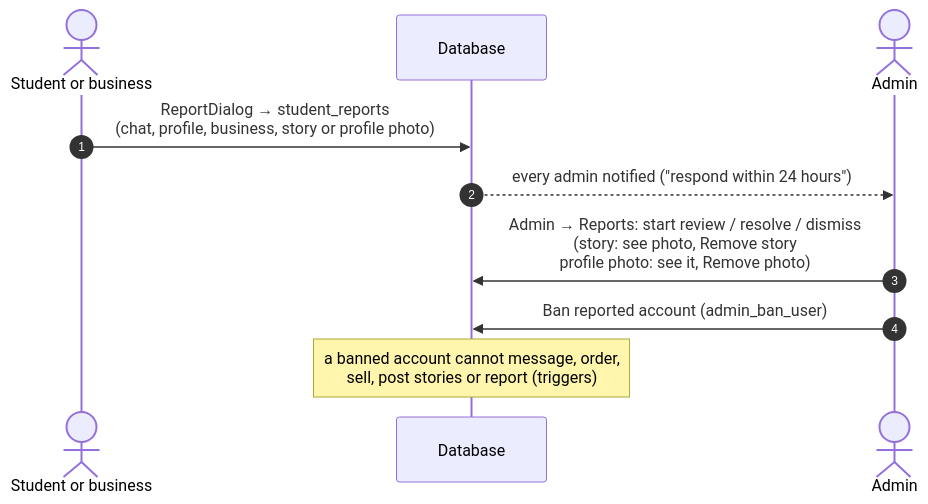
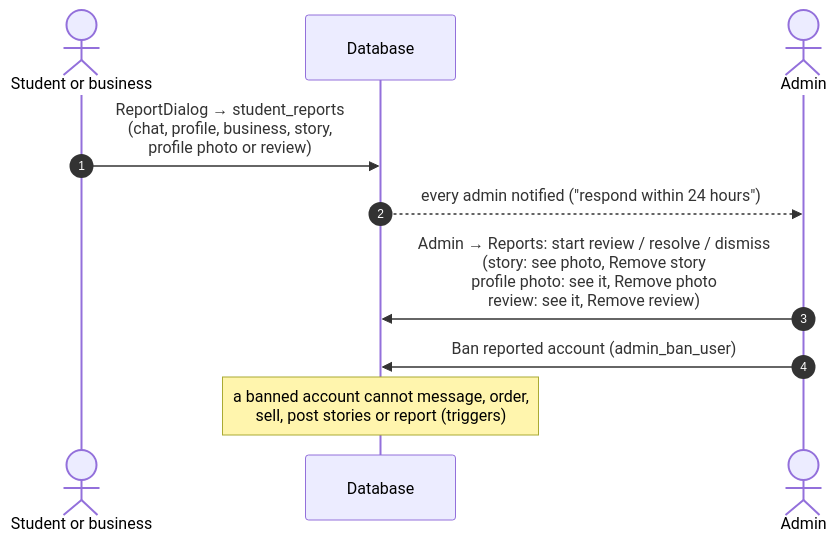
The seventh of 9 diagrams in docs/architecture/03-journeys.md (tangaza360-max/unipicks), drawn with Mermaid before and after one commit. The commit also changed 11 other files, not shown here.

First line of the commit message:
feat(safety): report a review; admins remove its text and photo

````diff
--- a/docs/architecture/03-journeys.md
+++ b/docs/architecture/03-journeys.md
@@ -175,12 +175,12 @@
 ```mermaid
 sequenceDiagram
   autonumber
   actor R as Student or business
   participant DB as Database
   actor AD as Admin
-  R->>DB: ReportDialog → student_reports<br/>(chat, profile, business, story or profile photo)
+  R->>DB: ReportDialog → student_reports<br/>(chat, profile, business, story,<br/>profile photo or review)
   DB-->>AD: every admin notified ("respond within 24 hours")
-  AD->>DB: Admin → Reports: start review / resolve / dismiss<br/>(story: see photo, Remove story<br/>profile photo: see it, Remove photo)
+  AD->>DB: Admin → Reports: start review / resolve / dismiss<br/>(story: see photo, Remove story<br/>profile photo: see it, Remove photo<br/>review: see it, Remove review)
   AD->>DB: Ban reported account (admin_ban_user)
   Note over DB: a banned account cannot message, order,<br/>sell, post stories or report (triggers)
 ```
````
